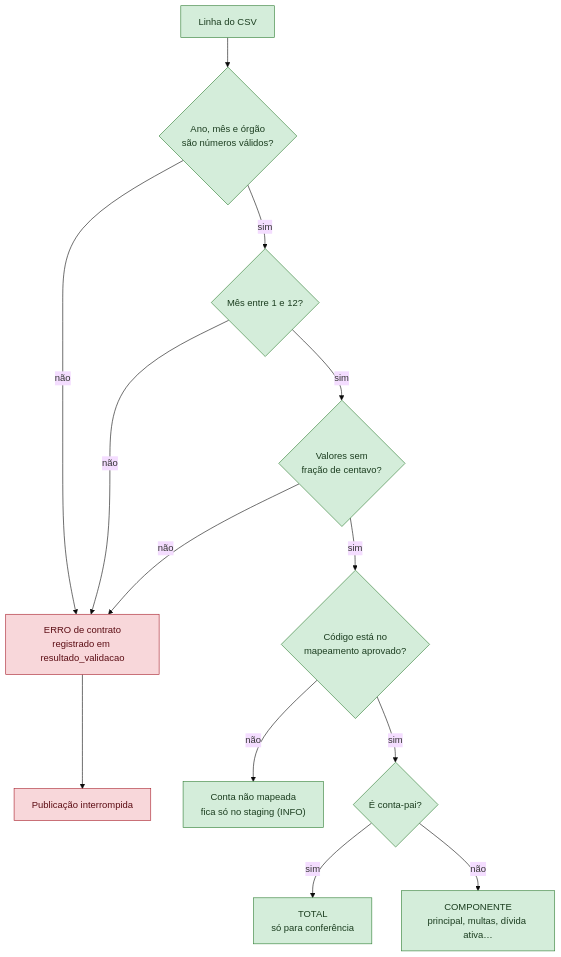
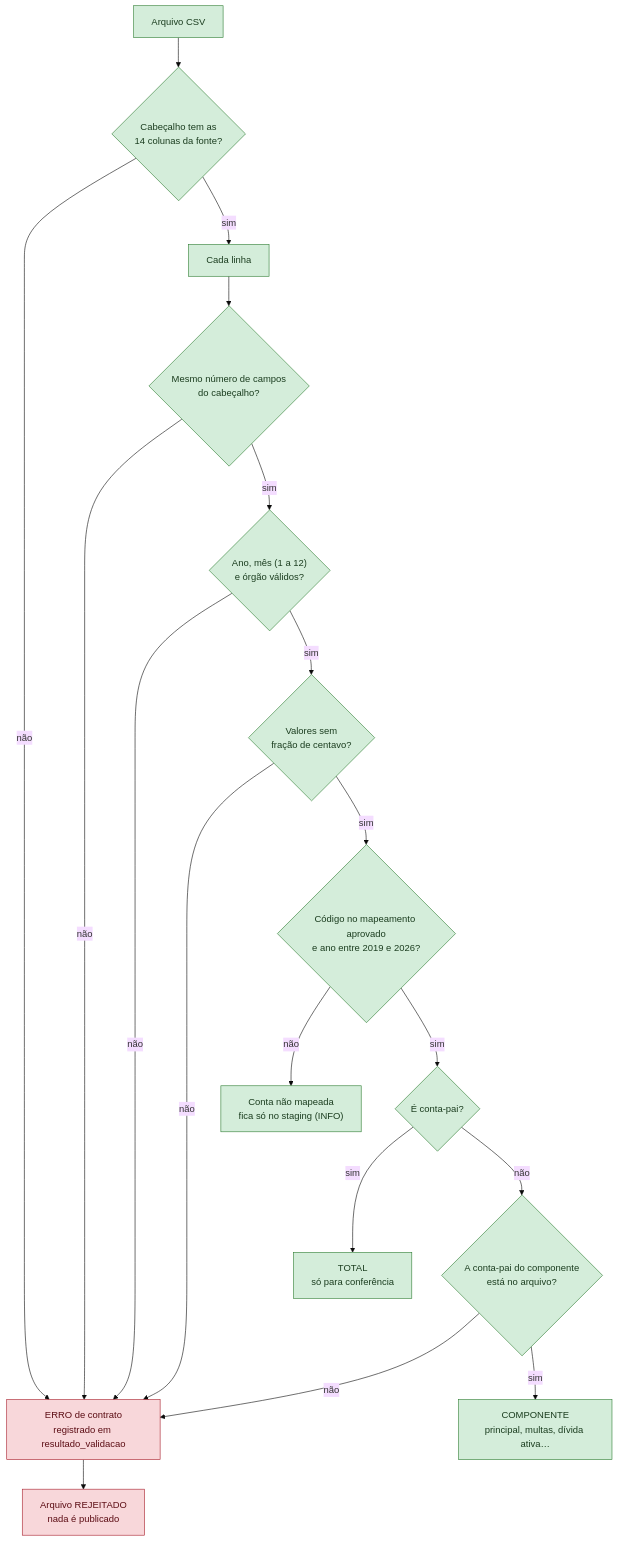
The third of 13 diagrams in docs/COMO_O_SISTEMA_FUNCIONA.md (guilhermercmoraes-tech/PI2_Sprint2-Grupo-1-UFT), drawn with Mermaid (base theme) before and after one commit. The commit also changed other lines of this file and 23 other files, not shown here.

````diff
--- a/docs/COMO_O_SISTEMA_FUNCIONA.md
+++ b/docs/COMO_O_SISTEMA_FUNCIONA.md
@@ -84,20 +84,25 @@
 ```mermaid
 flowchart TD
-    L["Linha do CSV"] --> V1{"Ano, mês e órgão<br/>são números válidos?"}
-    V1 -- não --> ERRO["ERRO de contrato<br/>registrado em resultado_validacao"]
-    V1 -- sim --> V2{"Mês entre 1 e 12?"}
+    A["Arquivo CSV"] --> V0{"Cabeçalho tem as<br/>14 colunas da fonte?"}
+    V0 -- não --> ERRO["ERRO de contrato<br/>registrado em resultado_validacao"]
+    V0 -- sim --> L["Cada linha"]
+    L --> V1{"Mesmo número de campos<br/>do cabeçalho?"}
+    V1 -- não --> ERRO
+    V1 -- sim --> V2{"Ano, mês (1 a 12)<br/>e órgão válidos?"}
     V2 -- não --> ERRO
     V2 -- sim --> V3{"Valores sem<br/>fração de centavo?"}
     V3 -- não --> ERRO
-    V3 -- sim --> V4{"Código está no<br/>mapeamento aprovado?"}
+    V3 -- sim --> V4{"Código no mapeamento aprovado<br/>e ano entre 2019 e 2026?"}
     V4 -- não --> NM["Conta não mapeada<br/>fica só no staging (INFO)"]
     V4 -- sim --> V5{"É conta-pai?"}
     V5 -- sim --> T["TOTAL<br/>só para conferência"]
-    V5 -- não --> C["COMPONENTE<br/>principal, multas, dívida ativa…"]
-    ERRO --> PARA["Publicação interrompida"]
+    V5 -- não --> V6{"A conta-pai do componente<br/>está no arquivo?"}
+    V6 -- não --> ERRO
+    V6 -- sim --> C["COMPONENTE<br/>principal, multas, dívida ativa…"]
+    ERRO --> PARA["Arquivo REJEITADO<br/>nada é publicado"]
 
     classDef feito fill:#d4edda,stroke:#2e7d32,color:#1b3d1f
     classDef erro fill:#f8d7da,stroke:#a71d2a,color:#5c0d14
-    class L,V1,V2,V3,V4,V5,T,C,NM feito
+    class A,L,V0,V1,V2,V3,V4,V5,V6,T,C,NM feito
     class ERRO,PARA erro
 ```
````
